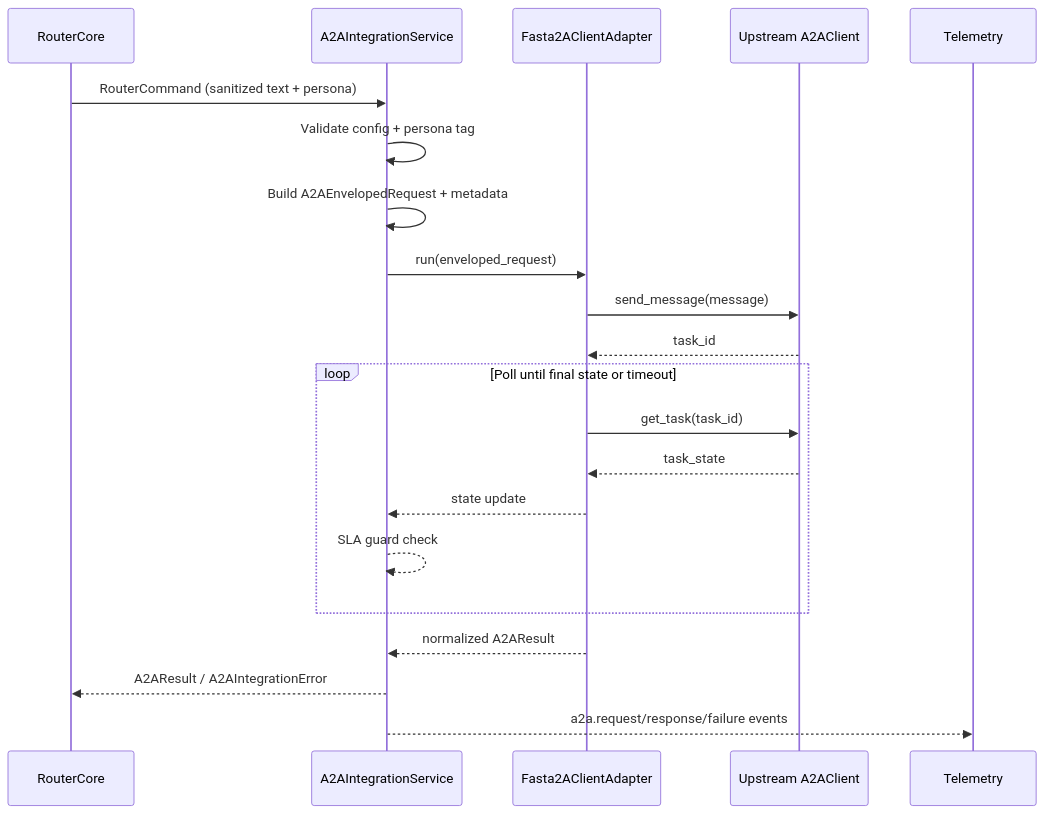
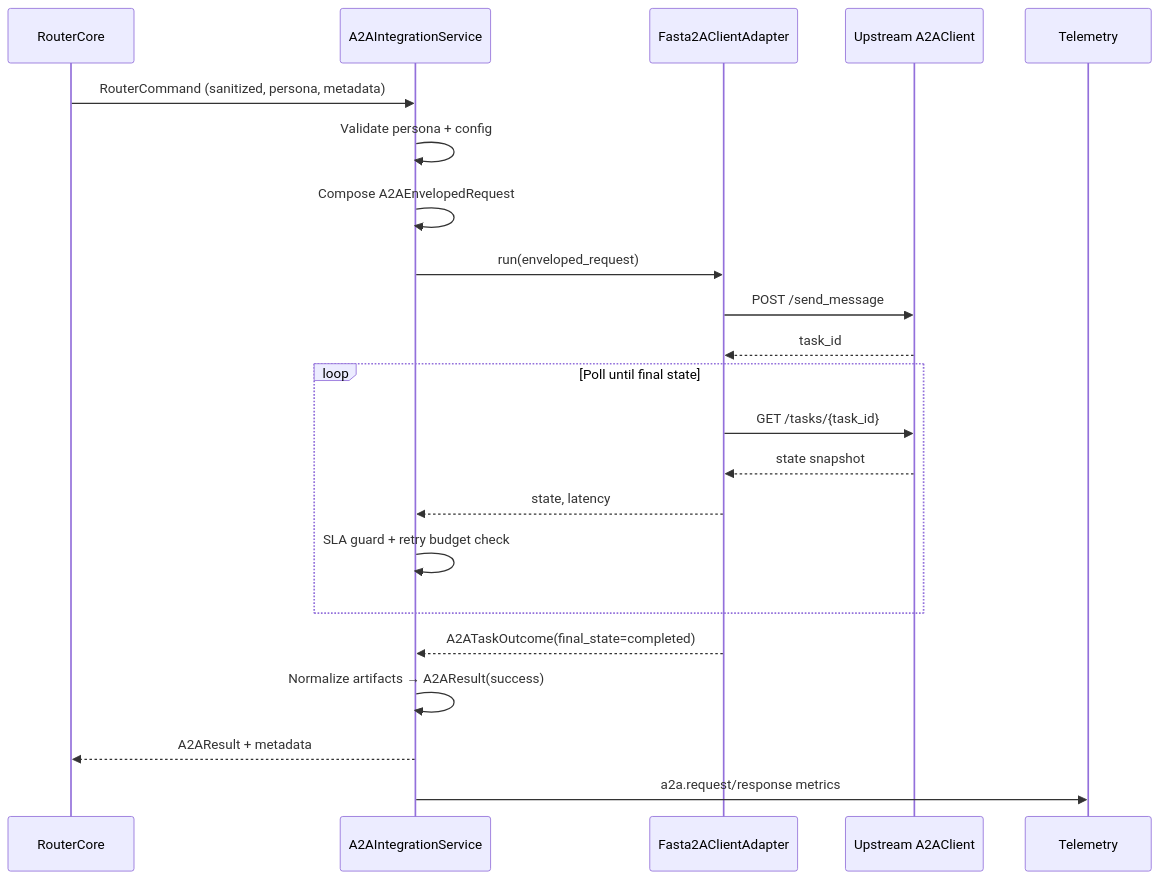
The first of 2 diagrams in output/34/feature2_architecture.md (tbrandenburg/shai), drawn with Mermaid before and after one commit. The commit also changed other lines of this file and 11 other files, not shown here.

Commit message:
chore: run task machine for issue #34

````diff
--- a/output/34/feature2_architecture.md
+++ b/output/34/feature2_architecture.md
@@ -124,23 +127,24 @@
 ```mermaid
 sequenceDiagram
-    participant Router as RouterCore
-    participant Service as A2AIntegrationService
-    participant Adapter as Fasta2AClientAdapter
+    participant TG as RouterCore
+    participant INT as A2AIntegrationService
+    participant AD as Fasta2AClientAdapter
     participant A2A as Upstream A2AClient
 
-    Router->>Service: RouterCommand (sanitized text + persona)
-    Service->>Service: Validate config + persona tag
-    Service->>Service: Build A2AEnvelopedRequest + metadata
-    Service->>Adapter: run(enveloped_request)
-    Adapter->>A2A: send_message(message)
-    A2A-->>Adapter: task_id
-    loop Poll until final state or timeout
-        Adapter->>A2A: get_task(task_id)
-        A2A-->>Adapter: task_state
-        Adapter-->>Service: state update
-        Service-->>Service: SLA guard check
+    TG->>INT: RouterCommand (sanitized, persona, metadata)
+    INT->>INT: Validate persona + config
+    INT->>INT: Compose A2AEnvelopedRequest
+    INT->>AD: run(enveloped_request)
+    AD->>A2A: POST /send_message
+    A2A-->>AD: task_id
+    loop Poll until final state
+        AD->>A2A: GET /tasks/{task_id}
+        A2A-->>AD: state snapshot
+        AD-->>INT: state, latency
+        INT->>INT: SLA guard + retry budget check
     end
-    Adapter-->>Service: normalized A2AResult
-    Service-->>Router: A2AResult / A2AIntegrationError
-    Service-->>Telemetry: a2a.request/response/failure events
+    AD-->>INT: A2ATaskOutcome(final_state=completed)
+    INT->>INT: Normalize artifacts → A2AResult(success)
+    INT-->>TG: A2AResult + metadata
+    INT->>Telemetry: a2a.request/response metrics
 ```
````
